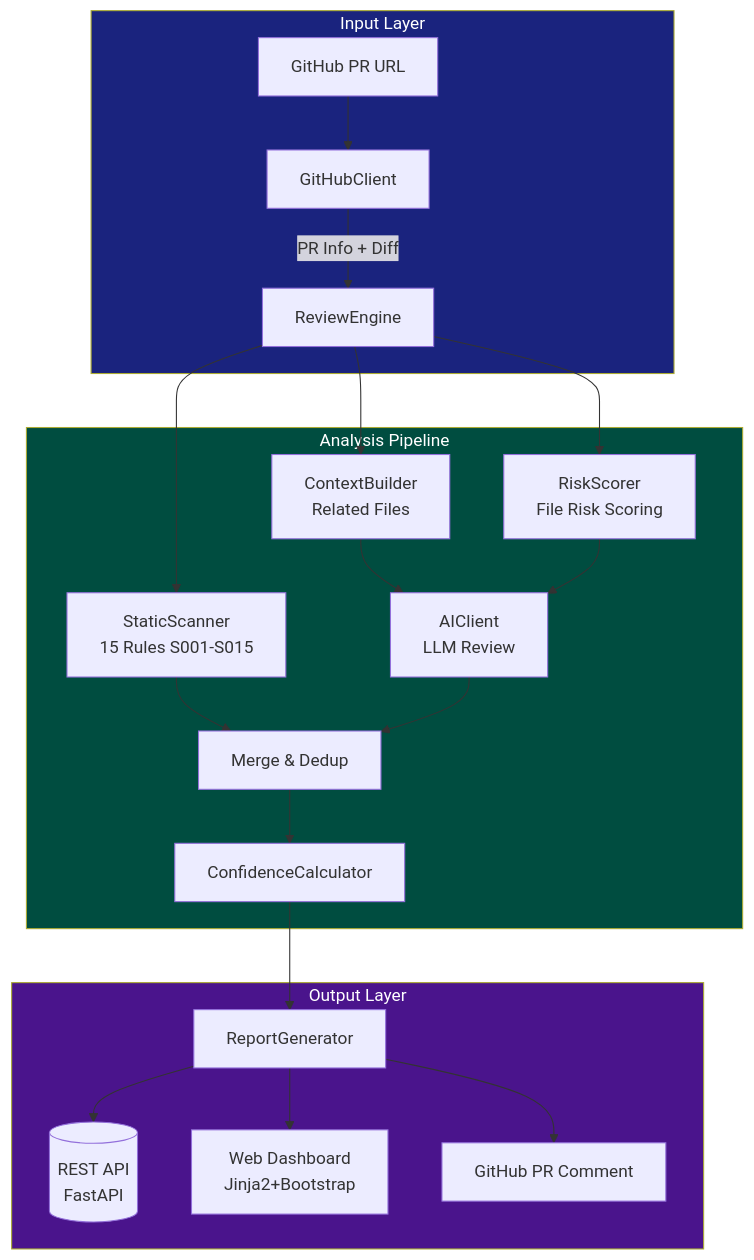
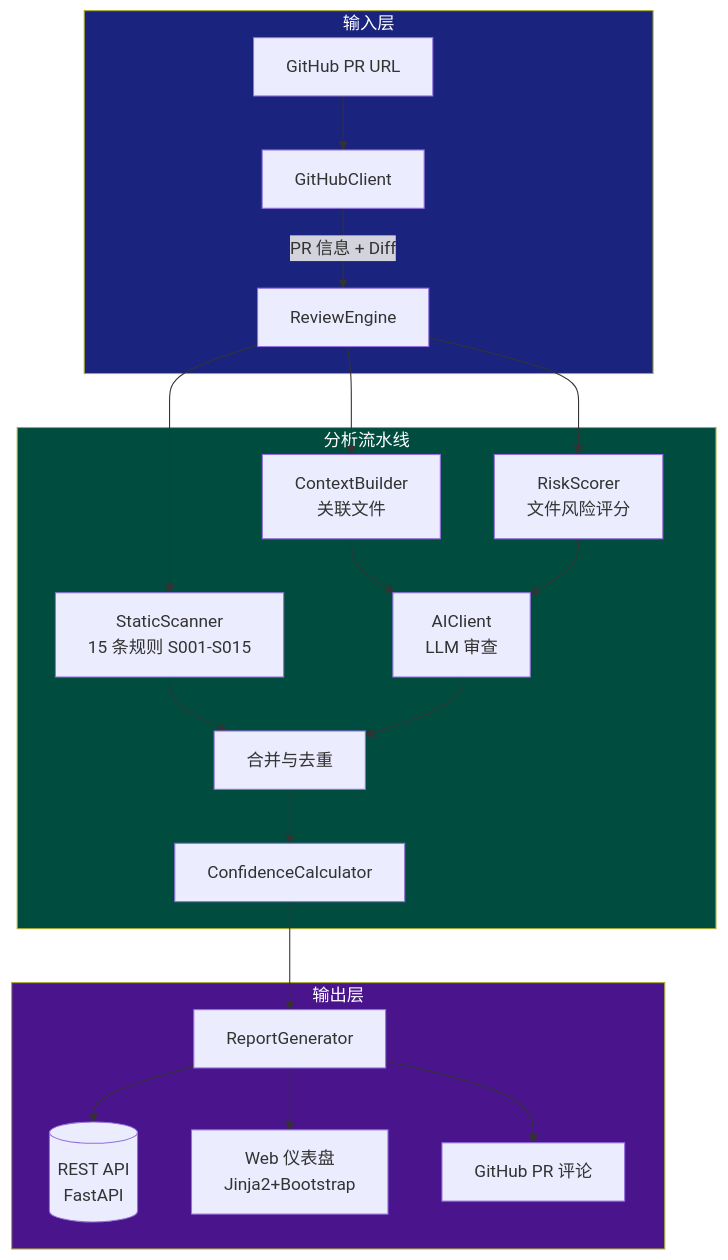
The diagram in README.md (HuLi-12/ai-pre-review), drawn with Mermaid before and after one commit. The commit also changed other lines of this file and 3 other files, not shown here.

````diff
--- a/README.md
+++ b/README.md
@@ -129,29 +128,29 @@
 ```mermaid
 flowchart TB
-    subgraph Input["Input Layer"]
+    subgraph Input["输入层"]
         A[GitHub PR URL] --> B[GitHubClient]
-        B -->|PR Info + Diff| C[ReviewEngine]
+        B -->|PR 信息 + Diff| C[ReviewEngine]
     end
 
-    subgraph Analysis["Analysis Pipeline"]
-        C --> D[StaticScanner<br/>15 Rules S001-S015]
-        C --> E[ContextBuilder<br/>Related Files]
-        C --> F[RiskScorer<br/>File Risk Scoring]
-        E --> G[AIClient<br/>LLM Review]
+    subgraph Analysis["分析流水线"]
+        C --> D[StaticScanner<br/>15 条规则 S001-S015]
+        C --> E[ContextBuilder<br/>关联文件]
+        C --> F[RiskScorer<br/>文件风险评分]
+        E --> G[AIClient<br/>LLM 审查]
         F --> G
-        D --> H[Merge & Dedup]
+        D --> H[合并与去重]
         G --> H
         H --> I[ConfidenceCalculator]
     end
 
-    subgraph Output["Output Layer"]
+    subgraph Output["输出层"]
         I --> J[ReportGenerator]
         J --> K[(REST API<br/>FastAPI)]
-        J --> L[Web Dashboard<br/>Jinja2+Bootstrap]
-        J --> M[GitHub PR Comment]
+        J --> L[Web 仪表盘<br/>Jinja2+Bootstrap]
+        J --> M[GitHub PR 评论]
     end
 
     style Input fill:#1a237e,color:#fff
     style Analysis fill:#004d40,color:#fff
     style Output fill:#4a148c,color:#fff
 ```
````
